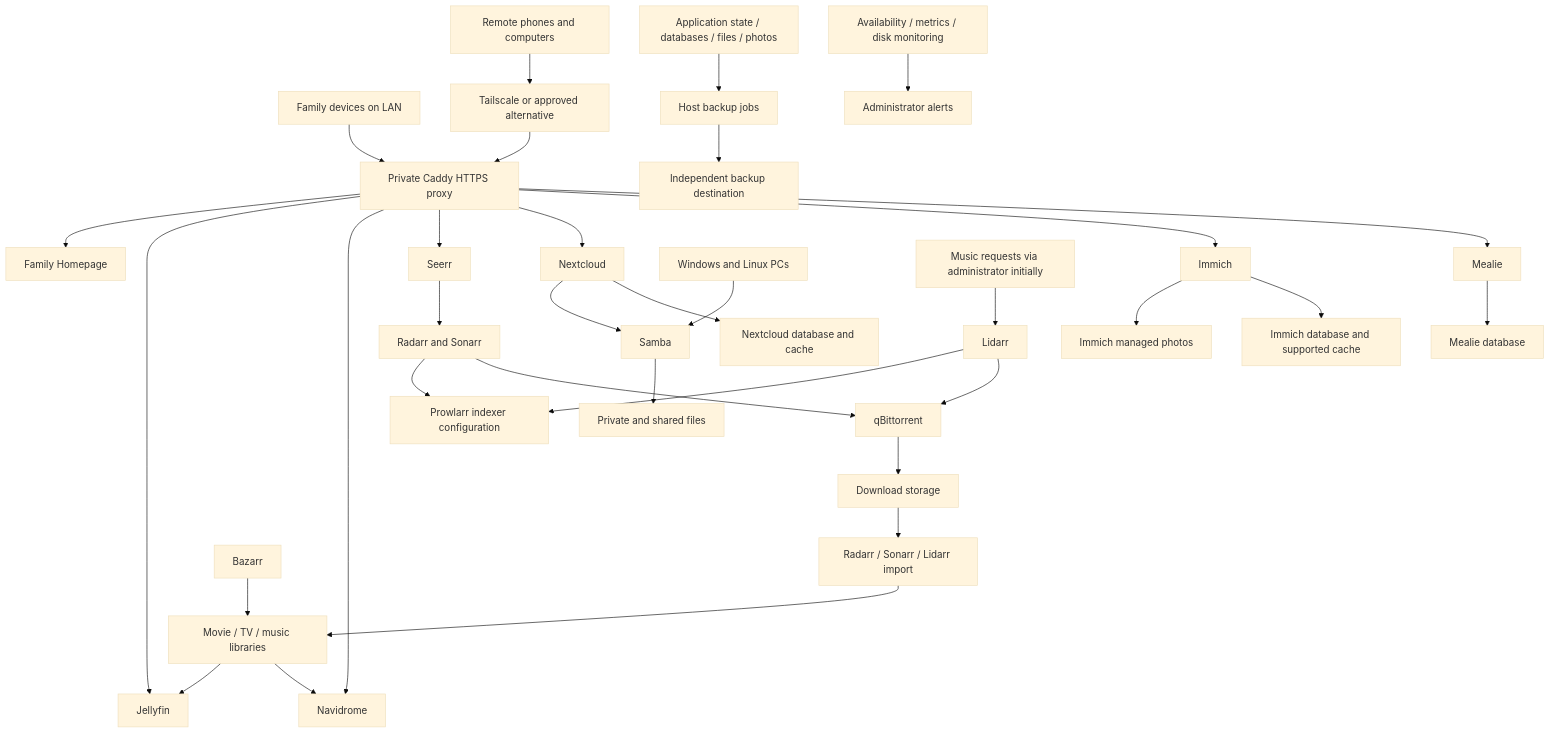
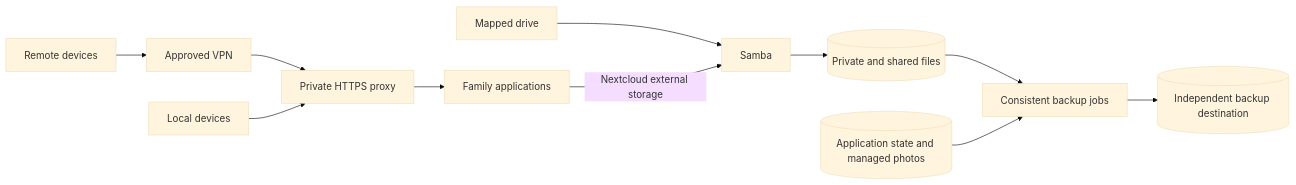
One commit to YeerooXY/FamilyHub changed the third of 3 diagrams in ARCHITECTURE_REVIEW.md. Above: the diagram before and after it, drawn with Mermaid (base theme). The commit also changed other lines of this file and 4 other files, not shown here.

Commit message:
Review FamilyHub architecture and simplify planning diagrams

````diff
--- a/ARCHITECTURE_REVIEW.md
+++ b/ARCHITECTURE_REVIEW.md
@@ -25,35 +60,13 @@
 ```mermaid
-flowchart TB
-    LAN[Family devices on LAN] --> EDGE[Private Caddy HTTPS proxy]
-    REMOTE[Remote phones and computers] --> VPN[Tailscale or approved alternative]
-    VPN --> EDGE
-    EDGE --> HOME[Family Homepage]
-    EDGE --> JF[Jellyfin]
-    EDGE --> ND[Navidrome]
-    EDGE --> SR[Seerr]
-    EDGE --> NC[Nextcloud]
-    EDGE --> IM[Immich]
-    EDGE --> ME[Mealie]
-    PC[Windows and Linux PCs] --> SMB[Samba]
-    NC --> SMB
-    SR --> ARR[Radarr and Sonarr]
-    MUSIC[Music requests via administrator initially] --> LI[Lidarr]
-    ARR --> PR[Prowlarr indexer configuration]
-    LI --> PR
-    ARR --> QB[qBittorrent]
-    LI --> QB
-    QB --> DL[Download storage]
-    DL --> IMPORT[Radarr / Sonarr / Lidarr import]
-    IMPORT --> MEDIA[Movie / TV / music libraries]
-    MEDIA --> JF
-    MEDIA --> ND
-    BA[Bazarr] --> MEDIA
-    SMB --> FILES[Private and shared files]
-    IM --> PHOTOS[Immich managed photos]
-    NC --> NCDB[Nextcloud database and cache]
-    IM --> IMDB[Immich database and supported cache]
-    ME --> MEDB[Mealie database]
-    BACKUP[Host backup jobs] --> DEST[Independent backup destination]
-    STATE[Application state / databases / files / photos] --> BACKUP
-    MON[Availability / metrics / disk monitoring] --> ALERT[Administrator alerts]
+flowchart LR
+    Remote[Remote devices] --> VPN[Approved VPN]
+    VPN --> HTTPS[Private HTTPS proxy]
+    LAN[Local devices] --> HTTPS
+    HTTPS --> Apps[Family applications]
+    PC[Mapped drive] --> SMB[Samba]
+    Apps -->|Nextcloud external storage| SMB
+    SMB --> Files[(Private and shared files)]
+    Files --> Backup[Consistent backup jobs]
+    State[(Application state and managed photos)] --> Backup
+    Backup --> Destination[(Independent backup destination)]
 ```
````
